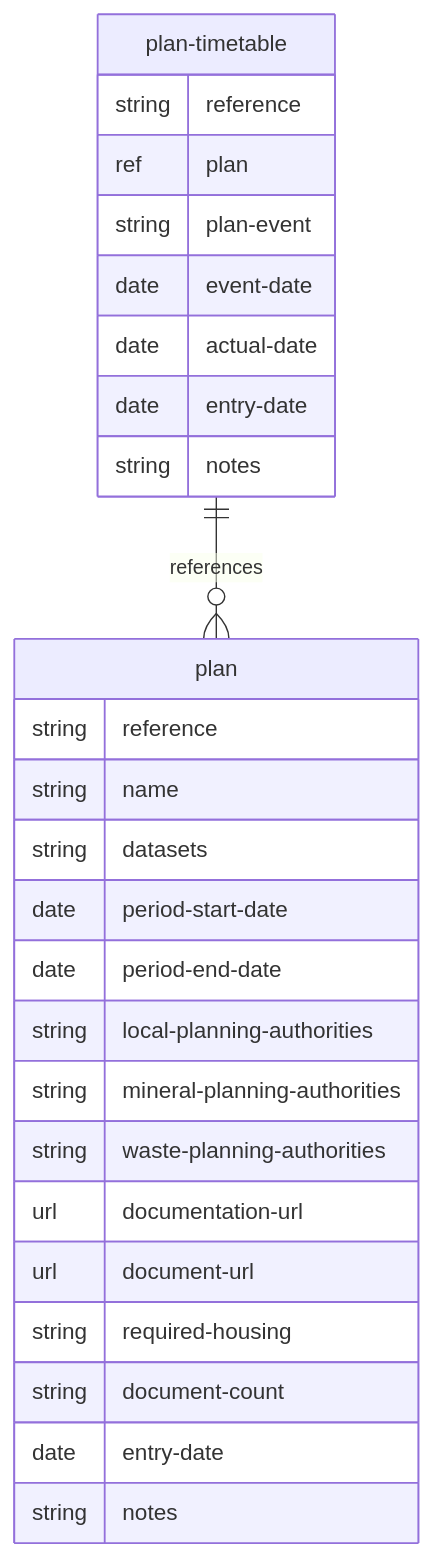
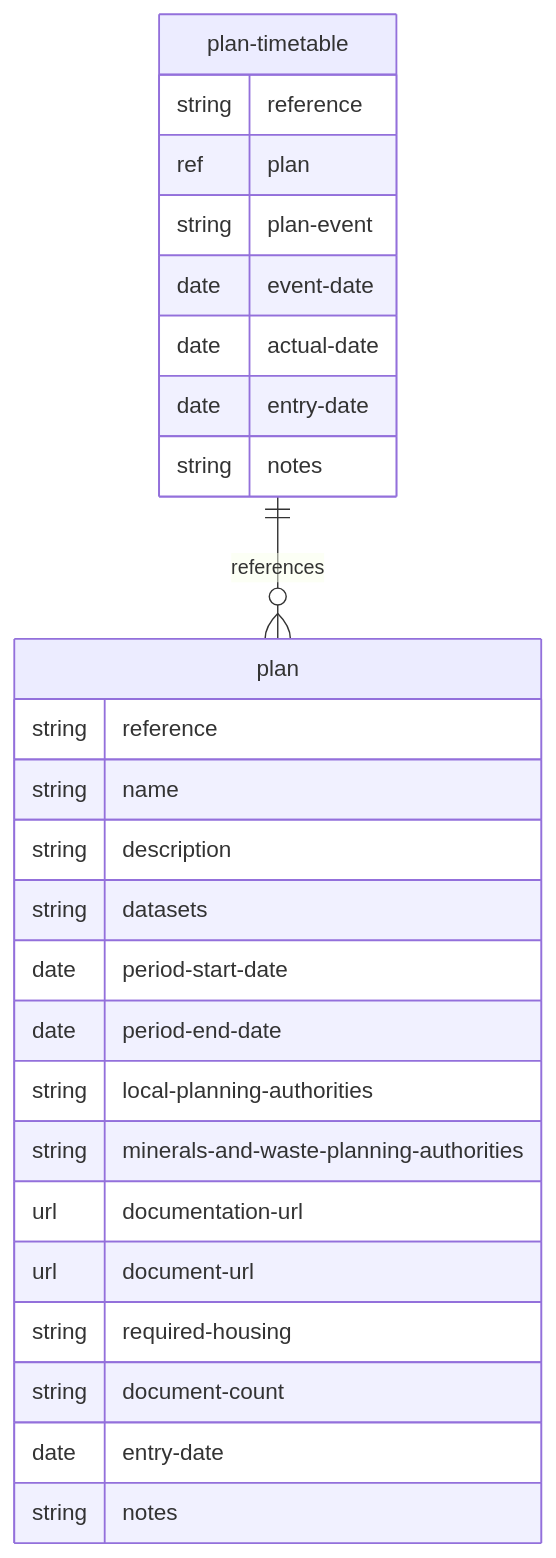
The diagram in docs/mermaid/plan.md (digital-land/specification), drawn with Mermaid before and after one commit. The commit also changed 61 other files, not shown here.

````diff
--- a/docs/mermaid/plan.md
+++ b/docs/mermaid/plan.md
@@ -4,29 +4,29 @@
 ```mermaid
 erDiagram
     plan {
         string reference
         string name
+        string description
         string datasets
         date period-start-date
         date period-end-date
         string local-planning-authorities
-        string mineral-planning-authorities
-        string waste-planning-authorities
+        string minerals-and-waste-planning-authorities
         url documentation-url
         url document-url
         string required-housing
         string document-count
         date entry-date
         string notes
     }
     plan-timetable {
         string reference
         ref plan
         string plan-event
         date event-date
         date actual-date
         date entry-date
         string notes
     }
     plan-timetable ||--o{ plan : references
 ```
````
